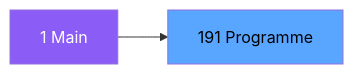
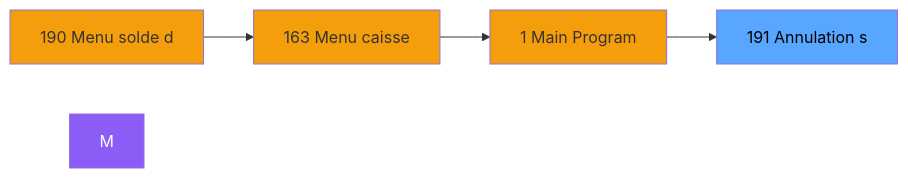
One commit to thonyAGP/magic-migration changed the second of 3 diagrams in .openspec/specs/ADH-IDE-191.md. Above: the diagram before and after it, drawn with Mermaid. The commit also changed other lines of this file and 323 other files, not shown here.

````diff
--- a/.openspec/specs/ADH-IDE-191.md
+++ b/.openspec/specs/ADH-IDE-191.md
@@ -116,8 +142,15 @@
 ```mermaid
 graph LR
-    M[1 Main]
-    T[191 Programme]
-    M --> T
+    N190[190 Menu solde d]
+    N163[163 Menu caisse ]
+    N1[1 Main Program]
+    T[191 Annulation s]
+    N190 --> N163
+    N163 --> N1
+    N1 --> T
     style M fill:#8b5cf6,color:#fff
+    style N190 fill:#f59e0b
+    style N163 fill:#f59e0b
+    style N1 fill:#f59e0b
     style T fill:#58a6ff,color:#000
 ```
````
